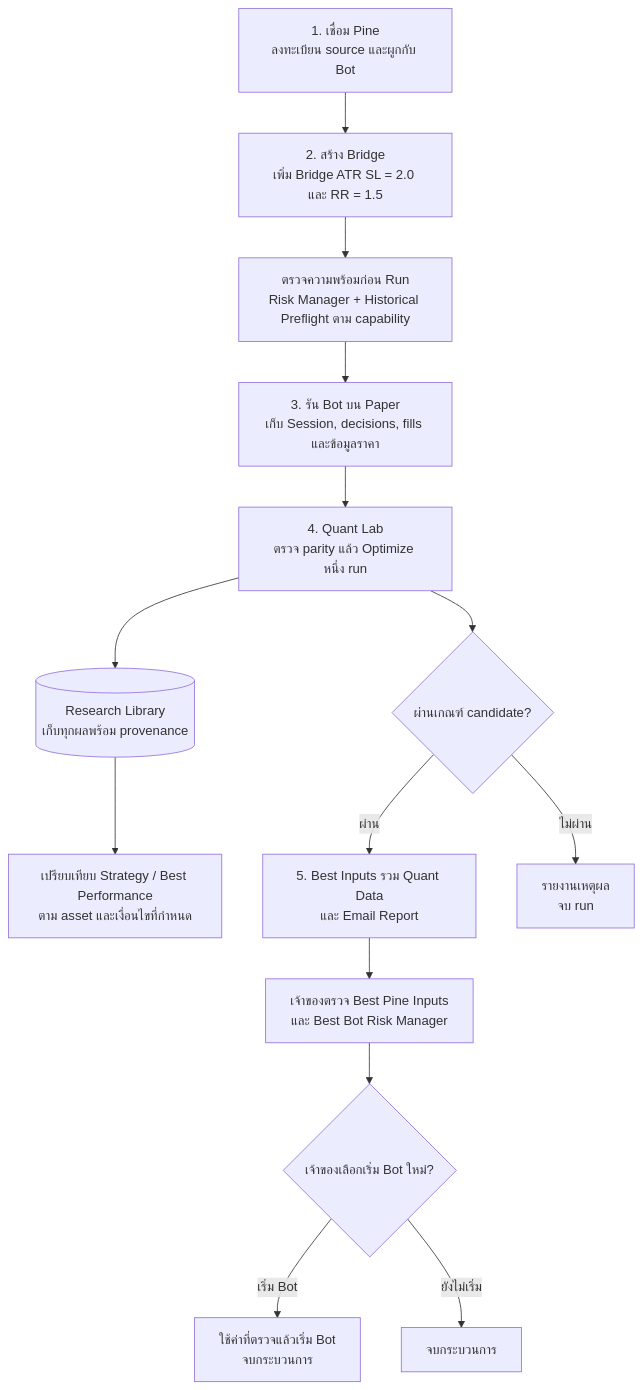
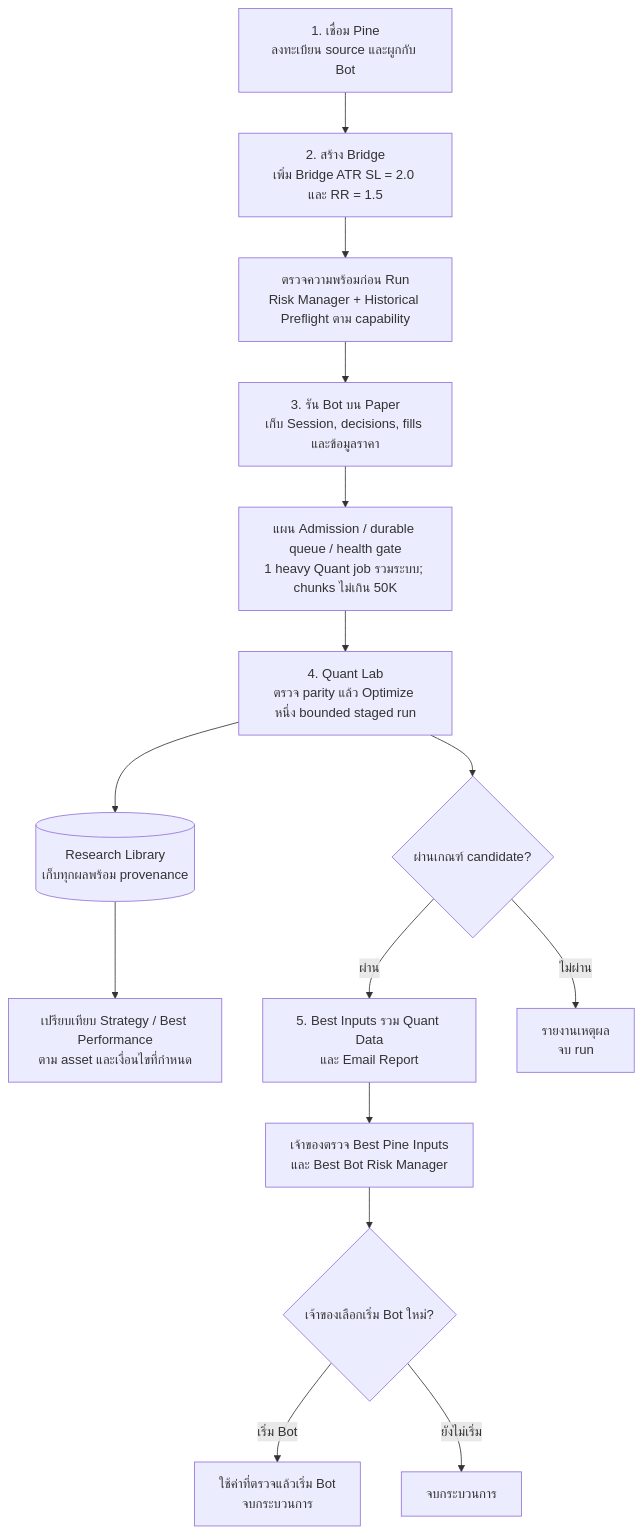
The diagram in Context.md (sanchatmd-dev/trading-bot), drawn with Mermaid before and after one commit. The commit also changed other lines of this file and 11 other files, not shown here.

Commit message:
docs: plan staged quant capacity and production resource protection

````diff
--- a/Context.md
+++ b/Context.md
@@ -125,16 +142,17 @@
 ```mermaid
 flowchart TD
     S1["1. เชื่อม Pine<br/>ลงทะเบียน source และผูกกับ Bot"] --> S2["2. สร้าง Bridge<br/>เพิ่ม Bridge ATR SL = 2.0 และ RR = 1.5"]
     S2 --> P["ตรวจความพร้อมก่อน Run<br/>Risk Manager + Historical Preflight ตาม capability"]
     P --> S3["3. รัน Bot บน Paper<br/>เก็บ Session, decisions, fills และข้อมูลราคา"]
-    S3 --> S4["4. Quant Lab<br/>ตรวจ parity แล้ว Optimize หนึ่ง run"]
+    S3 --> QA["แผน Admission / durable queue / health gate<br/>1 heavy Quant job รวมระบบ; chunks ไม่เกิน 50K"]
+    QA --> S4["4. Quant Lab<br/>ตรวจ parity แล้ว Optimize หนึ่ง bounded staged run"]
     S4 --> LIB[("Research Library<br/>เก็บทุกผลพร้อม provenance")]
     LIB --> CMP["เปรียบเทียบ Strategy / Best Performance<br/>ตาม asset และเงื่อนไขที่กำหนด"]
     S4 --> G{"ผ่านเกณฑ์ candidate?"}
     G -->|ผ่าน| S5["5. Best Inputs รวม Quant Data<br/>และ Email Report"]
     G -->|ไม่ผ่าน| N["รายงานเหตุผล<br/>จบ run"]
     S5 --> S6["เจ้าของตรวจ Best Pine Inputs<br/>และ Best Bot Risk Manager"]
     S6 --> S7{"เจ้าของเลือกเริ่ม Bot ใหม่?"}
     S7 -->|เริ่ม Bot| S8["ใช้ค่าที่ตรวจแล้วเริ่ม Bot<br/>จบกระบวนการ"]
     S7 -->|ยังไม่เริ่ม| S9["จบกระบวนการ"]
 ```
````
